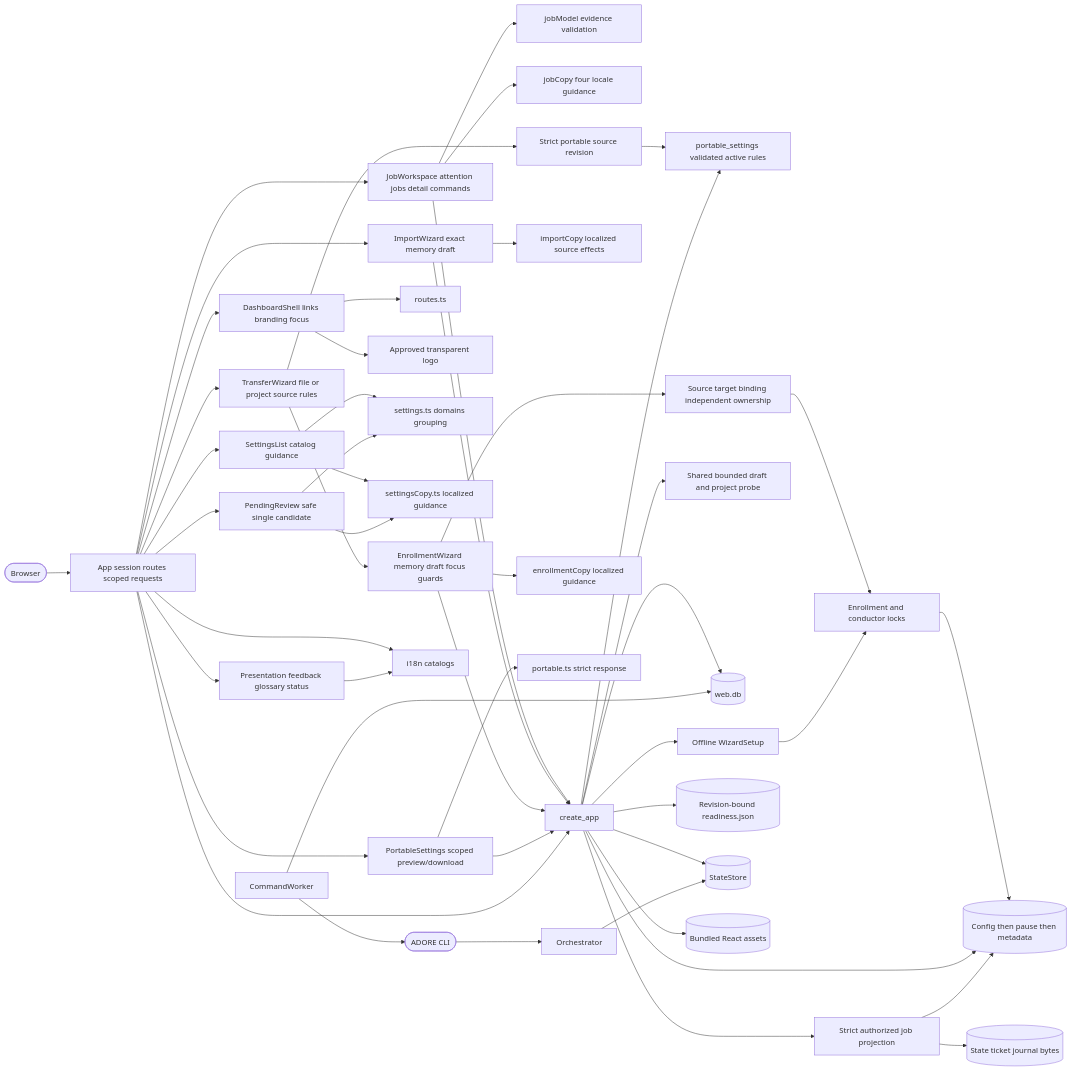
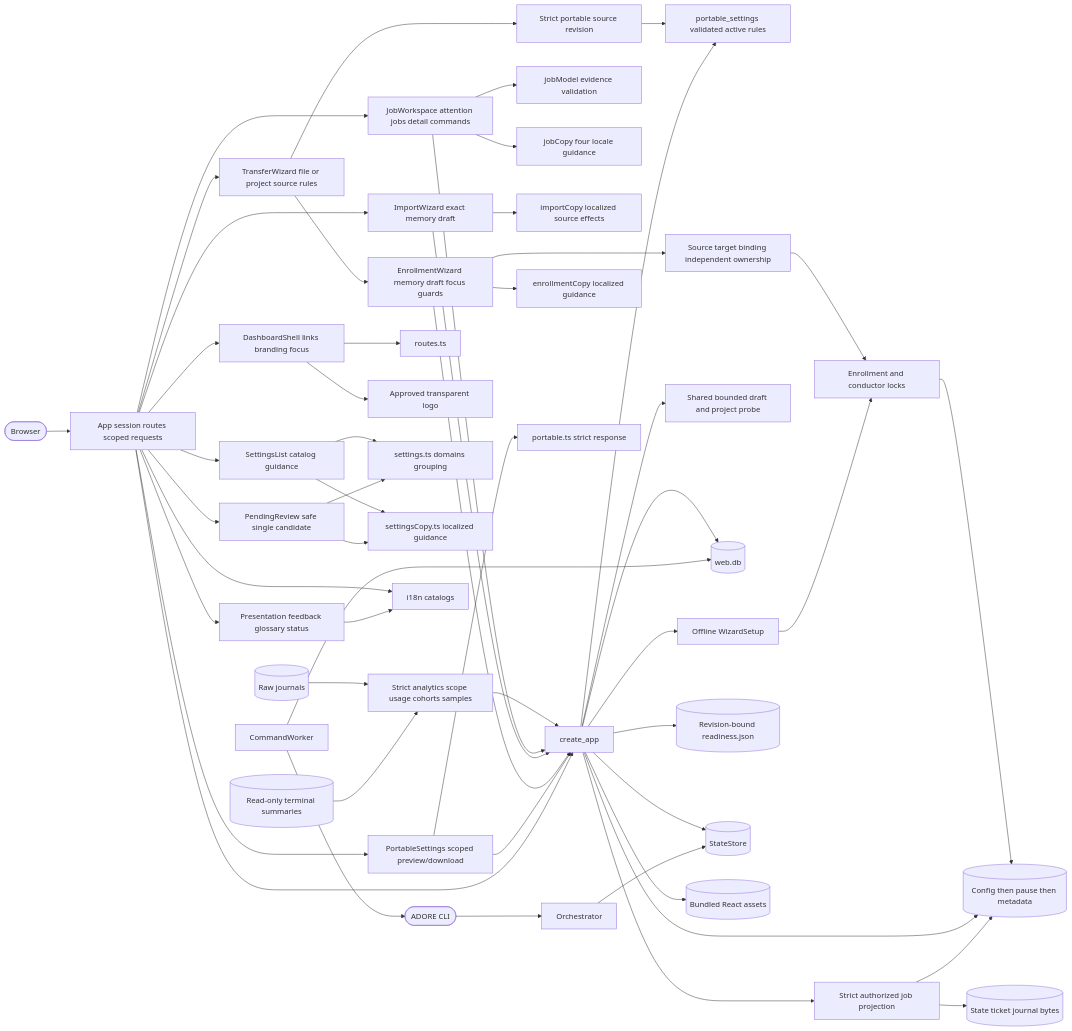
One commit to DDP-Engineering/AgenticDeliveryOrchestratorRuntimeEngine changed the diagram in .agentic/knowledge/web-interface.md. Above: the diagram before and after it, drawn with Mermaid. The commit also changed other lines of this file and 47 other files, not shown here.

````diff
--- a/.agentic/knowledge/web-interface.md
+++ b/.agentic/knowledge/web-interface.md
@@ -375,52 +408,55 @@
 ```mermaid
 flowchart LR
     browser([Browser]) --> App[App session routes scoped requests]
+    Journals[(Raw journals)] --> Analytics[Strict analytics scope usage cohorts samples]
+    Summaries[(Read-only terminal summaries)] --> Analytics
+    Analytics --> api
     App --> DashboardShell[DashboardShell links branding focus]
     App --> Presentation[Presentation feedback glossary status]
     App --> JobWorkspace[JobWorkspace attention jobs detail commands]
     JobWorkspace --> jobModel[jobModel evidence validation]
     JobWorkspace --> jobCopy[jobCopy four locale guidance]
     JobWorkspace --> api
     App --> ImportWizard[ImportWizard exact memory draft]
     ImportWizard --> importCopy[importCopy localized source effects]
     ImportWizard --> api
     App --> TransferWizard[TransferWizard file or project source rules]
     TransferWizard --> EnrollmentWizard[EnrollmentWizard memory draft focus guards]
     TransferWizard --> transferSource[Strict portable source revision]
     transferSource --> portableSource
     EnrollmentWizard --> transferTarget[Source target binding independent ownership]
     transferTarget --> publication
     EnrollmentWizard --> enrollmentCopy[enrollmentCopy localized guidance]
     EnrollmentWizard --> api
     api --> draftProbe[Shared bounded draft and project probe]
     DashboardShell --> routes[routes.ts]
     DashboardShell --> logo[Approved transparent logo]
     App --> SettingsList[SettingsList catalog guidance]
     App --> PendingReview[PendingReview safe single candidate]
     SettingsList --> settings[settings.ts domains grouping]
     PendingReview --> settings
     SettingsList --> settingsCopy[settingsCopy.ts localized guidance]
     PendingReview --> settingsCopy
     App --> PortableSettings[PortableSettings scoped preview/download]
     PortableSettings --> portable[portable.ts strict response]
     PortableSettings --> api
     api --> portableSource[portable_settings validated active rules]
     App --> i18n[i18n catalogs]
     Presentation --> i18n
     App --> api[create_app]
     api --> identity[(web.db)]
     api --> preparation[Offline WizardSetup]
     preparation --> publication[Enrollment and conductor locks]
     publication --> profiles[(Config then pause then metadata)]
     api --> profiles
     api --> verification[(Revision-bound readiness.json)]
     api --> state[(StateStore)]
     api --> jobs[Strict authorized job projection]
     jobs --> sources[(State ticket journal bytes)]
     jobs --> profiles
     api --> assets[(Bundled React assets)]
     worker[CommandWorker] --> identity
     worker --> cli([ADORE CLI])
     cli --> conductor[Orchestrator]
     conductor --> state
 ```
````
